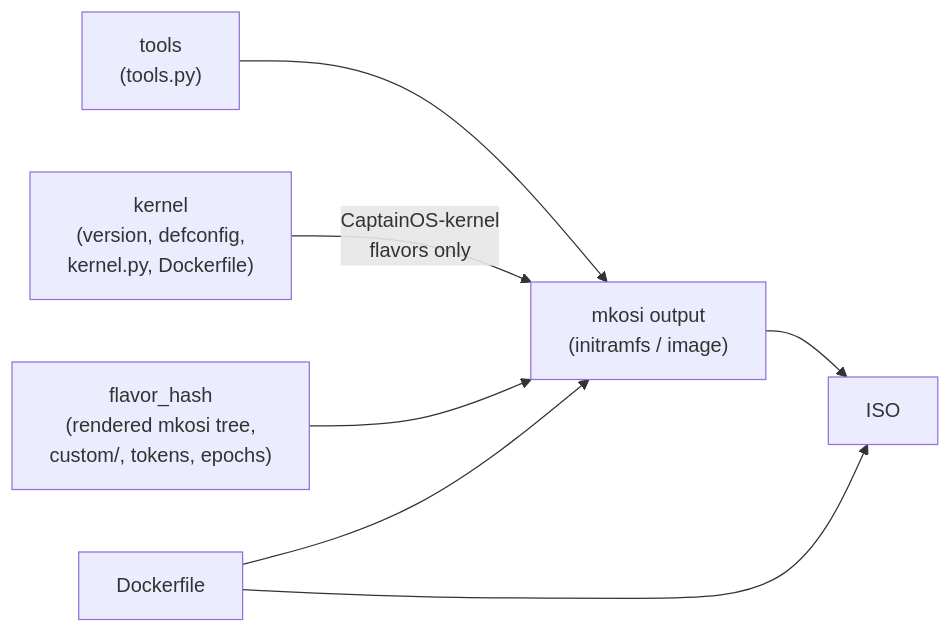
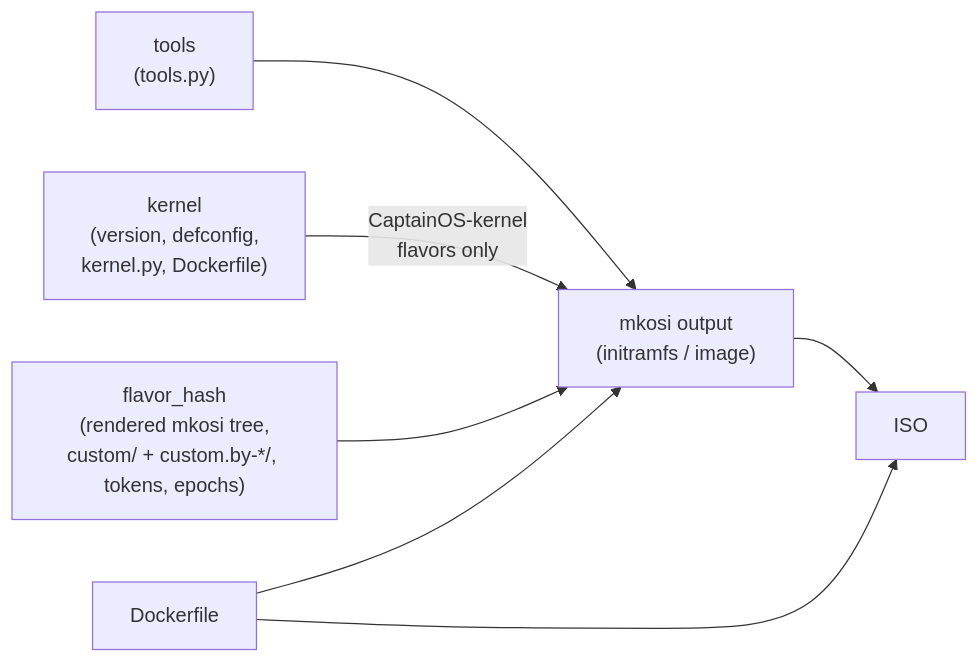
One commit to rpardini/captain changed the first of 4 diagrams in docs/build-caching.md. Above: the diagram before and after it, drawn with Mermaid. The commit also changed other lines of this file and 4 other files, not shown here.

````diff
--- a/docs/build-caching.md
+++ b/docs/build-caching.md
@@ -34,15 +34,15 @@
 ```mermaid
 flowchart LR
     tools["tools<br/>(tools.py)"]
     kernel["kernel<br/>(version, defconfig,<br/>kernel.py, Dockerfile)"]
-    flavor["flavor_hash<br/>(rendered mkosi tree,<br/>custom/, tokens, epochs)"]
+    flavor["flavor_hash<br/>(rendered mkosi tree,<br/>custom/ + custom.by-*/, tokens, epochs)"]
     mkosi["mkosi output<br/>(initramfs / image)"]
     iso["ISO"]
     docker["Dockerfile"]
     tools --> mkosi
     kernel -- "CaptainOS-kernel<br/>flavors only" --> mkosi
     flavor --> mkosi
     docker --> mkosi
     mkosi --> iso
     docker --> iso
 ```
````
